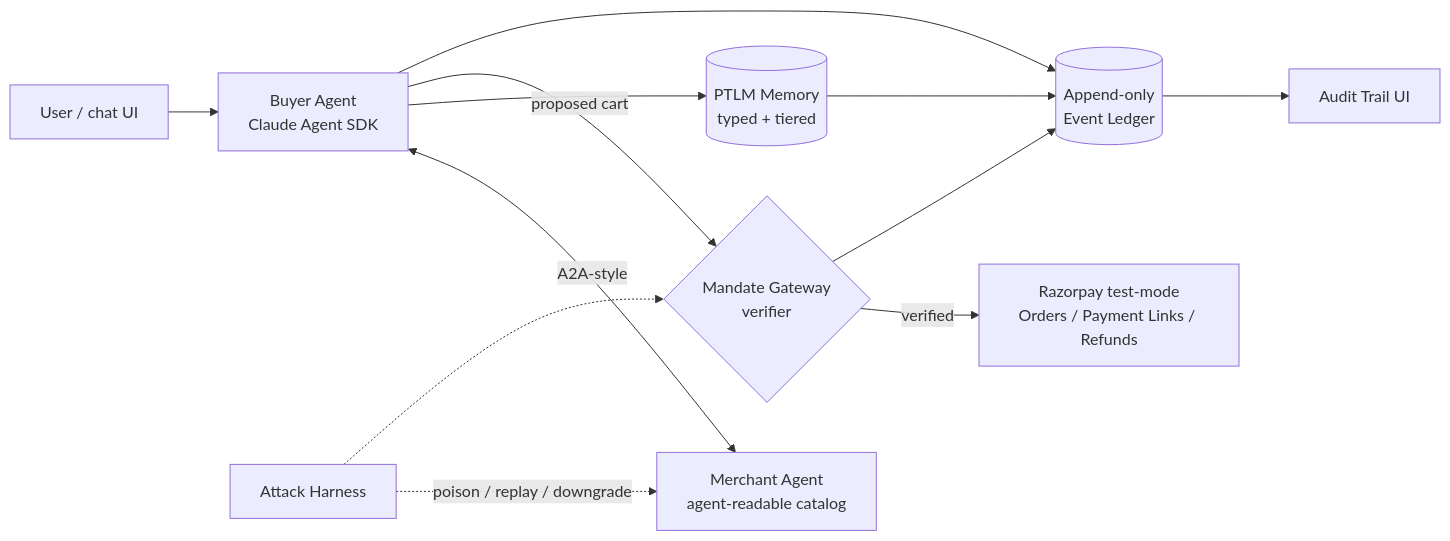
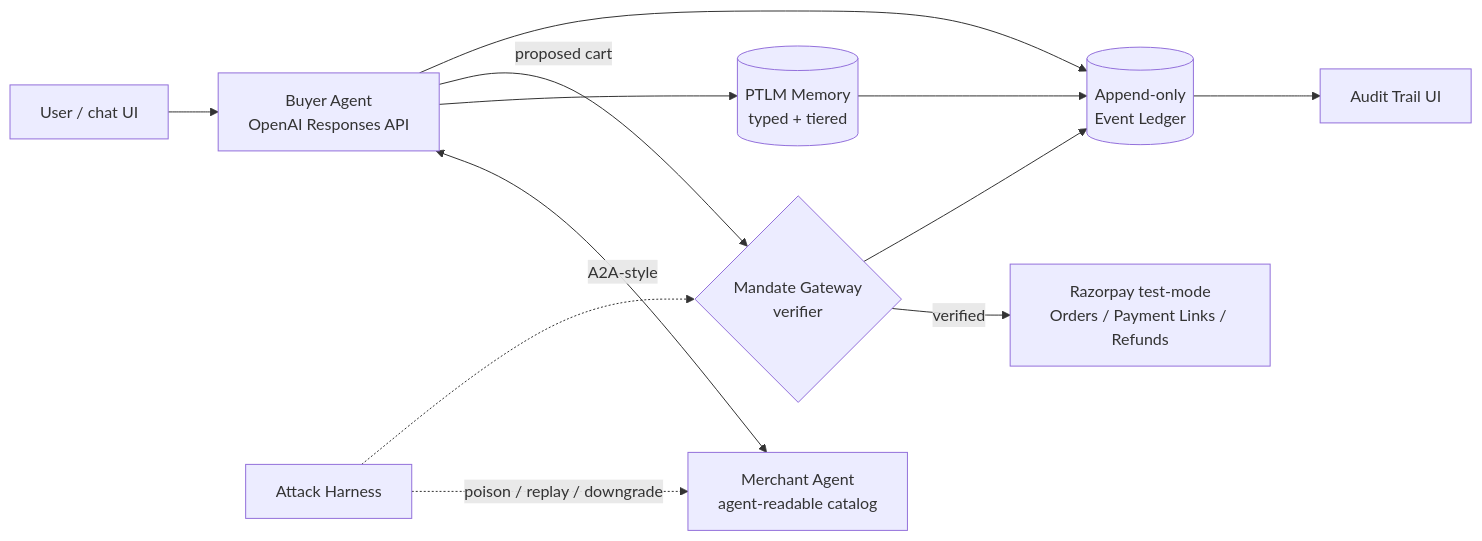
One commit to 23f3001304/Saathi changed the diagram in ARCHITECTURE.md. Above: the diagram before and after it, drawn with Mermaid. The commit also changed other lines of this file and 13 other files, not shown here.

````diff
--- a/ARCHITECTURE.md
+++ b/ARCHITECTURE.md
@@ -67,14 +67,14 @@
 ```mermaid
 flowchart LR
-    U[User / chat UI] --> BA[Buyer Agent<br/>Claude Agent SDK]
+    U[User / chat UI] --> BA[Buyer Agent<br/>OpenAI Responses API]
     BA <-->|A2A-style| MA[Merchant Agent<br/>agent-readable catalog]
     BA --> PTLM[(PTLM Memory<br/>typed + tiered)]
     BA -->|proposed cart| MG{Mandate Gateway<br/>verifier}
     MG -->|verified| RZP[Razorpay test-mode<br/>Orders / Payment Links / Refunds]
     MG --> LED[(Append-only<br/>Event Ledger)]
     PTLM --> LED
     BA --> LED
     LED --> AUD[Audit Trail UI]
     ATK[Attack Harness] -.->|poison / replay / downgrade| MA
     ATK -.-> MG
 ```
````
